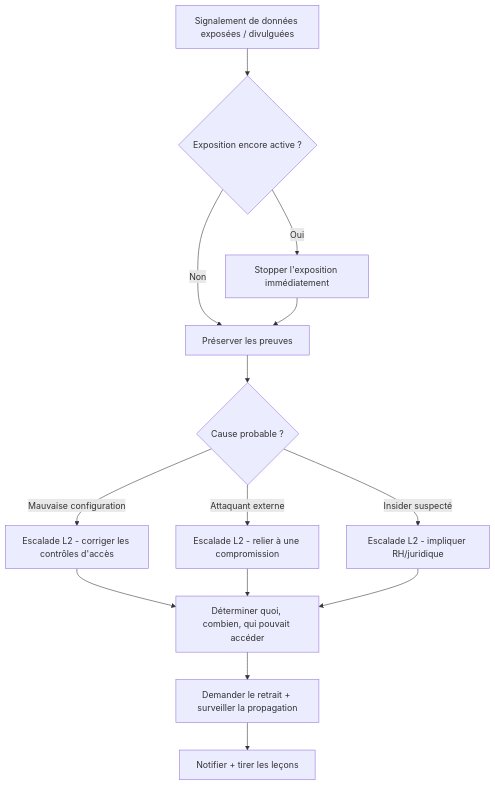
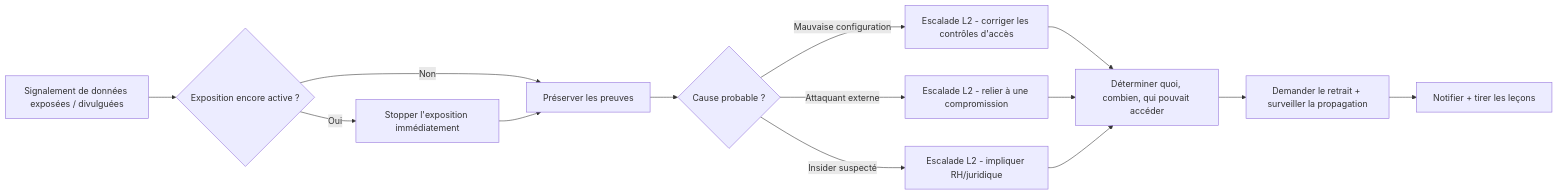
The diagram in docs/fr/runbooks/data-leak.md (MiracleDvm/ir-firstline), drawn with Mermaid before and after one commit. The commit also changed other lines of this file and 26 other files, not shown here.

Commit message:
Fix decision-tree diagram sizing/legibility, add PDF export, land tool links -- Convert decision trees to horizontal/collapsible, link cited tools/sources

````diff
--- a/docs/fr/runbooks/data-leak.md
+++ b/docs/fr/runbooks/data-leak.md
@@ -30,16 +32,16 @@
-```mermaid
-flowchart TD
-    A[Signalement de données exposées / divulguées] --> B{Exposition encore active ?}
-    B -->|Oui| C[Stopper l'exposition immédiatement]
-    B -->|Non| D[Préserver les preuves]
-    C --> D
-    D --> E{Cause probable ?}
-    E -->|Mauvaise configuration| F[Escalade L2 - corriger les contrôles d'accès]
-    E -->|Attaquant externe| G[Escalade L2 - relier à une compromission]
-    E -->|Insider suspecté| H[Escalade L2 - impliquer RH/juridique]
-    F --> I[Déterminer quoi, combien, qui pouvait accéder]
-    G --> I
-    H --> I
-    I --> J[Demander le retrait + surveiller la propagation]
-    J --> K[Notifier + tirer les leçons]
-```
+    ```mermaid
+    flowchart LR
+        A[Signalement de données exposées / divulguées] --> B{Exposition encore active ?}
+        B -->|Oui| C[Stopper l'exposition immédiatement]
+        B -->|Non| D[Préserver les preuves]
+        C --> D
+        D --> E{Cause probable ?}
+        E -->|Mauvaise configuration| F[Escalade L2 - corriger les contrôles d'accès]
+        E -->|Attaquant externe| G[Escalade L2 - relier à une compromission]
+        E -->|Insider suspecté| H[Escalade L2 - impliquer RH/juridique]
+        F --> I[Déterminer quoi, combien, qui pouvait accéder]
+        G --> I
+        H --> I
+        I --> J[Demander le retrait + surveiller la propagation]
+        J --> K[Notifier + tirer les leçons]
+    ```
````
